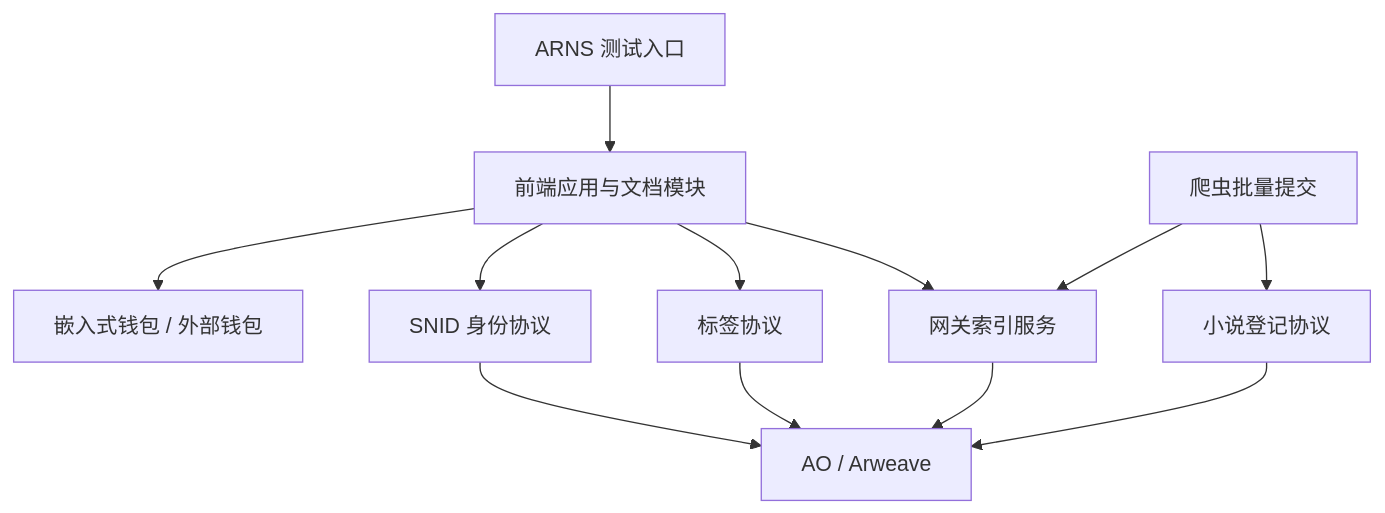
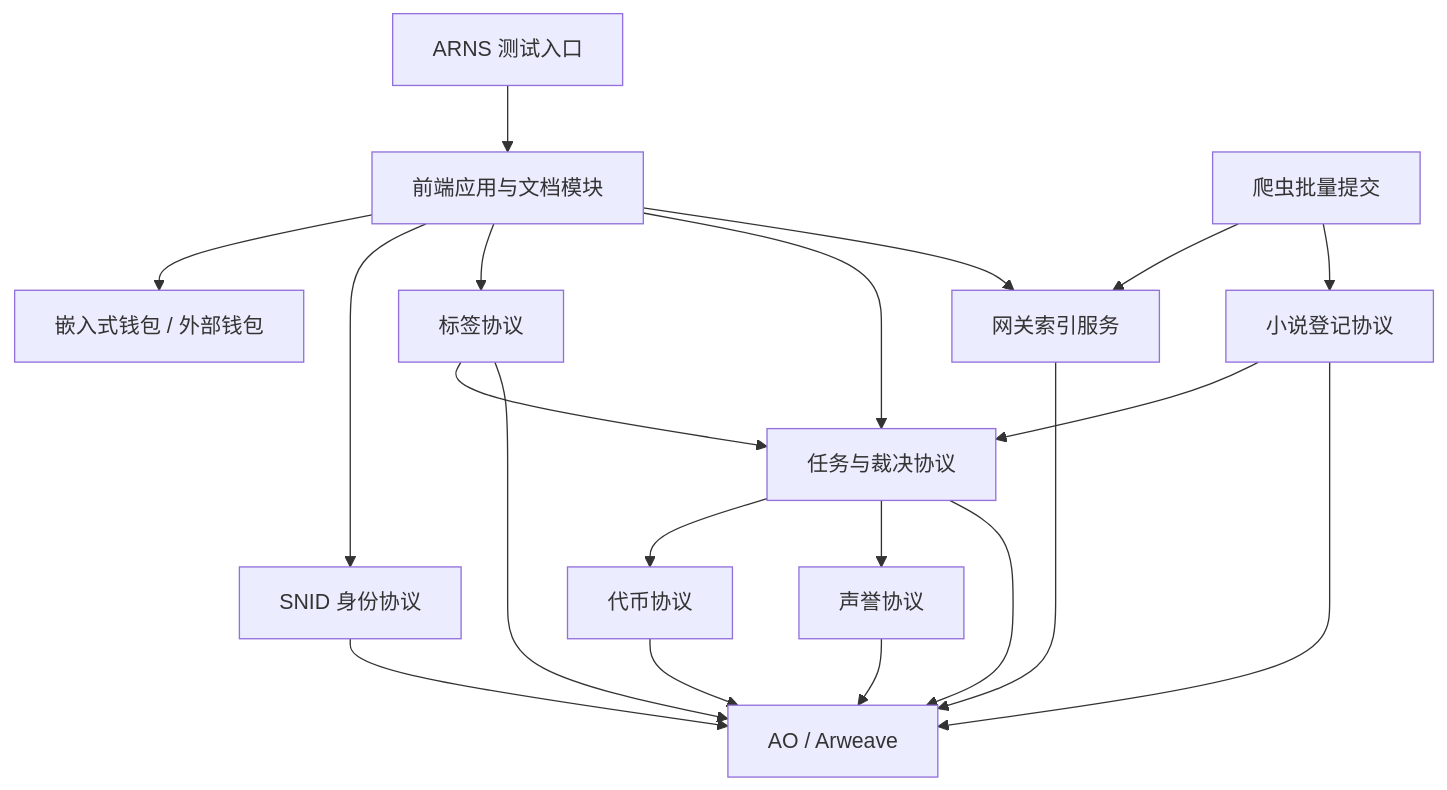
One commit to shennongdao/shennong changed the diagram in 第一阶段最小可运行闭环设计.md. Above: the diagram before and after it, drawn with Mermaid. The commit also changed other lines of this file and 1 other file, not shown here.

````diff
--- a/第一阶段最小可运行闭环设计.md
+++ b/第一阶段最小可运行闭环设计.md
@@ -124,24 +167,35 @@
 ```mermaid
 flowchart TB
   入口["ARNS 测试入口"]
   前端["前端应用与文档模块"]
   钱包["嵌入式钱包 / 外部钱包"]
   身份["SNID 身份协议"]
   小说["小说登记协议"]
   标签["标签协议"]
+  代币["代币协议"]
+  声誉["声誉协议"]
+  任务["任务与裁决协议"]
   网关["网关索引服务"]
   爬虫["爬虫批量提交"]
   存储["AO / Arweave"]
 
   入口 --> 前端
   前端 --> 钱包
   前端 --> 身份
   前端 --> 标签
+  前端 --> 任务
   前端 --> 网关
   爬虫 --> 网关
   爬虫 --> 小说
+  小说 --> 任务
+  标签 --> 任务
+  任务 --> 代币
+  任务 --> 声誉
   身份 --> 存储
   小说 --> 存储
   标签 --> 存储
+  代币 --> 存储
+  声誉 --> 存储
+  任务 --> 存储
   网关 --> 存储
 ```
````
